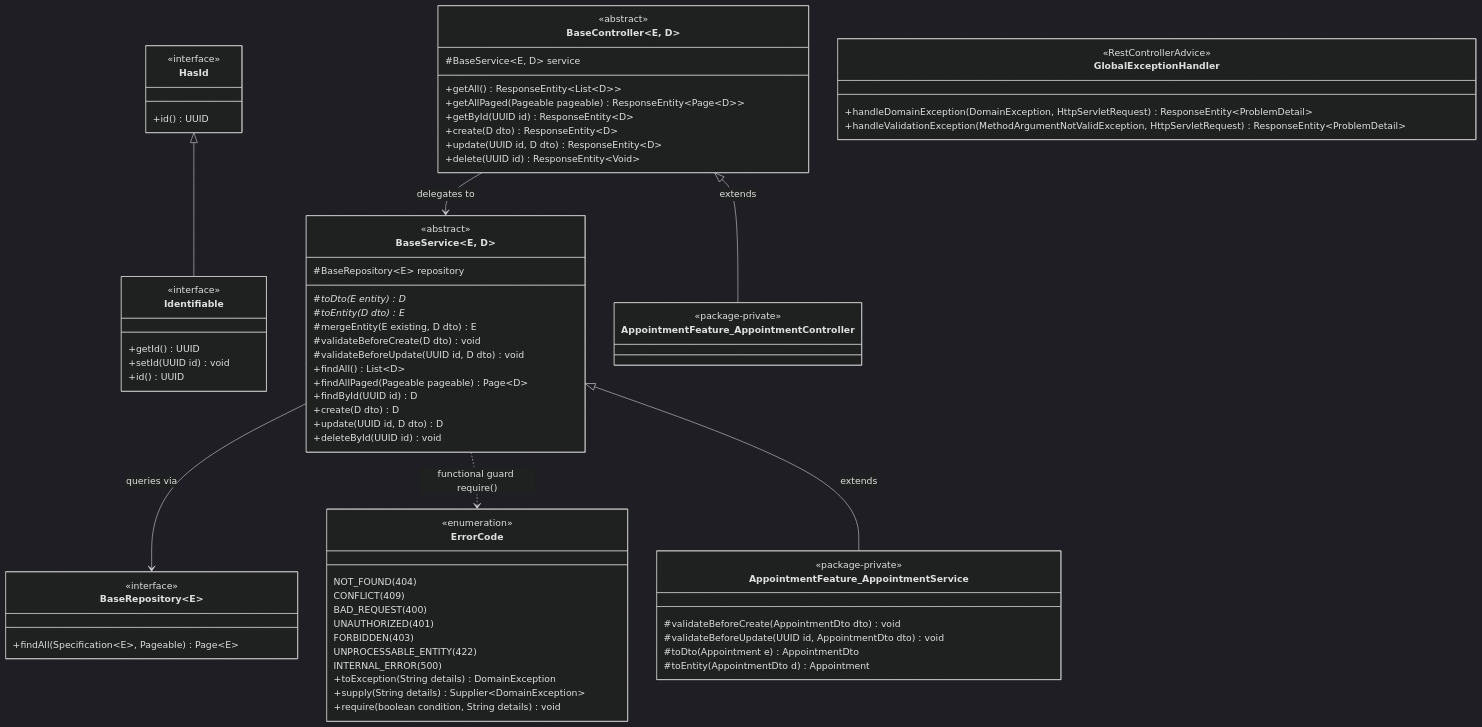
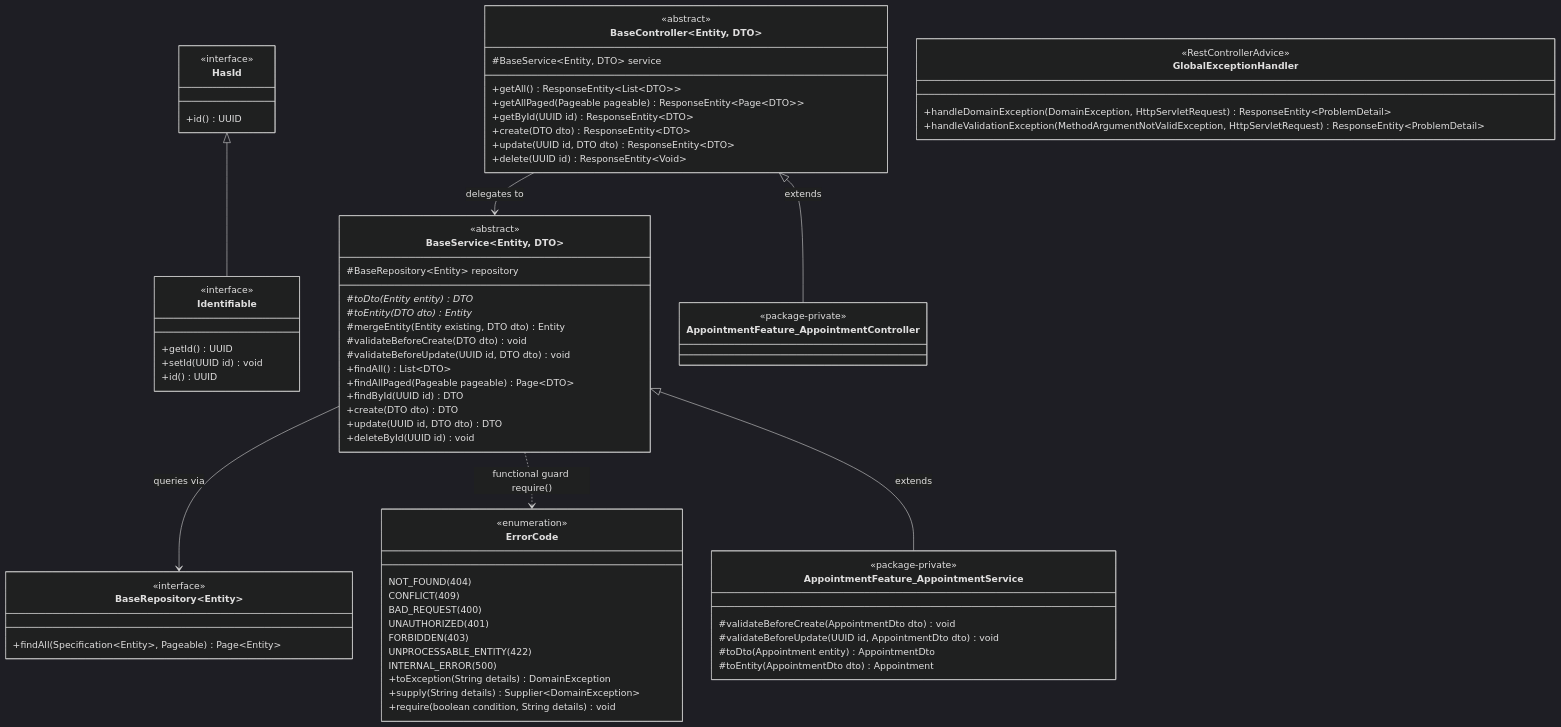
The sixth of 14 diagrams in HOVEDOPGAVE_DRAFT.md (7-3-N-3-7/api), drawn with Mermaid (dark theme) before and after one commit. The commit also changed other lines of this file and 64 other files, not shown here.

First line of the commit message:
fix github pages diagrams (#104)

````diff
--- a/HOVEDOPGAVE_DRAFT.md
+++ b/HOVEDOPGAVE_DRAFT.md
@@ -558,77 +562,77 @@
 ```mermaid
 classDiagram
     class HasId {
         <<interface>>
         +id() UUID
     }
     class Identifiable {
         <<interface>>
         +getId() UUID
         +setId(UUID id) void
         +id() UUID
     }
-    class BaseRepository~E~ {
+    class BaseRepository~Entity~ {
         <<interface>>
-        +findAll(Specification~E~, Pageable) Page~E~
+        +findAll(Specification~Entity~, Pageable) Page~Entity~
     }
     class ErrorCode {
         <<enumeration>>
         NOT_FOUND(404)
         CONFLICT(409)
         BAD_REQUEST(400)
         UNAUTHORIZED(401)
         FORBIDDEN(403)
         UNPROCESSABLE_ENTITY(422)
         INTERNAL_ERROR(500)
         +toException(String details) DomainException
         +supply(String details) Supplier~DomainException~
         +require(boolean condition, String details) void
     }
-    class BaseService~E, D~ {
+    class BaseService~Entity, DTO~ {
         <<abstract>>
-        #BaseRepository~E~ repository
-        #toDto(E entity) D*
-        #toEntity(D dto) E*
-        #mergeEntity(E existing, D dto) E
-        #validateBeforeCreate(D dto) void
-        #validateBeforeUpdate(UUID id, D dto) void
-        +findAll() List~D~
-        +findAllPaged(Pageable pageable) Page~D~
-        +findById(UUID id) D
-        +create(D dto) D
-        +update(UUID id, D dto) D
+        #BaseRepository~Entity~ repository
+        #toDto(Entity entity) DTO*
+        #toEntity(DTO dto) Entity*
+        #mergeEntity(Entity existing, DTO dto) Entity
+        #validateBeforeCreate(DTO dto) void
+        #validateBeforeUpdate(UUID id, DTO dto) void
+        +findAll() List~DTO~
+        +findAllPaged(Pageable pageable) Page~DTO~
+        +findById(UUID id) DTO
+        +create(DTO dto) DTO
+        +update(UUID id, DTO dto) DTO
         +deleteById(UUID id) void
     }
-    class BaseController~E, D~ {
+    class BaseController~Entity, DTO~ {
         <<abstract>>
-        #BaseService~E, D~ service
-        +getAll() ResponseEntity~List~D~~
-        +getAllPaged(Pageable pageable) ResponseEntity~Page~D~~
-        +getById(UUID id) ResponseEntity~D~
-        +create(D dto) ResponseEntity~D~
-        +update(UUID id, D dto) ResponseEntity~D~
+        #BaseService~Entity, DTO~ service
+        +getAll() ResponseEntity~List~DTO~~
+        +getAllPaged(Pageable pageable) ResponseEntity~Page~DTO~~
+        +getById(UUID id) ResponseEntity~DTO~
+        +create(DTO dto) ResponseEntity~DTO~
+        +update(UUID id, DTO dto) ResponseEntity~DTO~
         +delete(UUID id) ResponseEntity~Void~
     }
     class GlobalExceptionHandler {
         <<RestControllerAdvice>>
         +handleDomainException(DomainException, HttpServletRequest) ResponseEntity~ProblemDetail~
         +handleValidationException(MethodArgumentNotValidException, HttpServletRequest) ResponseEntity~ProblemDetail~
     }
     class AppointmentFeature_AppointmentService {
         <<package-private>>
         #validateBeforeCreate(AppointmentDto dto) void
         #validateBeforeUpdate(UUID id, AppointmentDto dto) void
-        #toDto(Appointment e) AppointmentDto
-        #toEntity(AppointmentDto d) Appointment
+        #toDto(Appointment entity) AppointmentDto
+        #toEntity(AppointmentDto dto) Appointment
     }
     class AppointmentFeature_AppointmentController {
         <<package-private>>
     }
 
     HasId <|-- Identifiable
-    BaseController~E, D~ --> BaseService~E, D~ : delegates to
-    BaseService~E, D~ --> BaseRepository~E~ : queries via
-    BaseService~E, D~ ..> ErrorCode : functional guard require()
-    BaseController~E, D~ <|-- AppointmentFeature_AppointmentController : extends
-    BaseService~E, D~ <|-- AppointmentFeature_AppointmentService : extends
+    BaseController~Entity, DTO~ --> BaseService~Entity, DTO~ : delegates to
+    BaseService~Entity, DTO~ --> BaseRepository~Entity~ : queries via
+    BaseService~Entity, DTO~ ..> ErrorCode : functional guard require()
+    BaseController~Entity, DTO~ <|-- AppointmentFeature_AppointmentController : extends
+    BaseService~Entity, DTO~ <|-- AppointmentFeature_AppointmentService : extends
 ```
````
